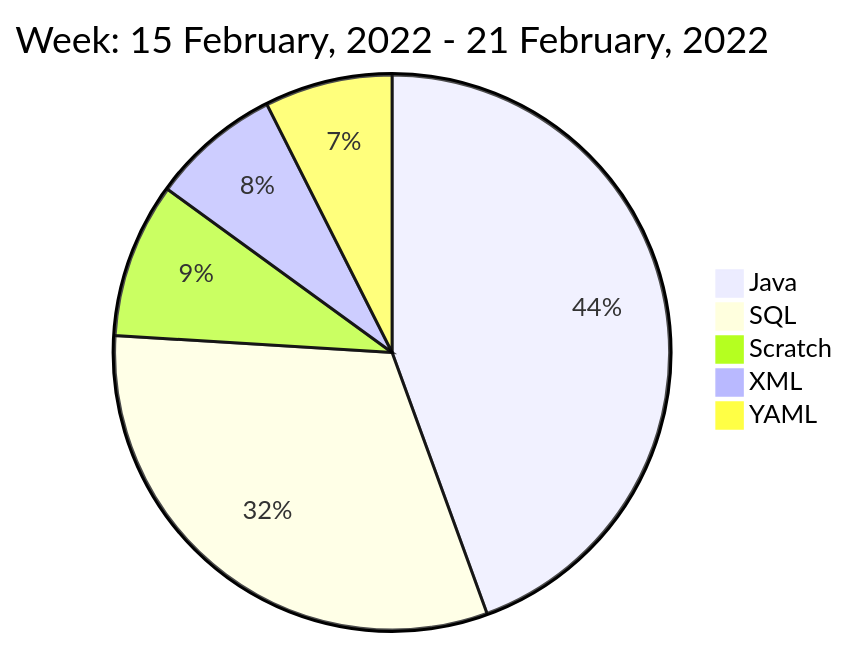
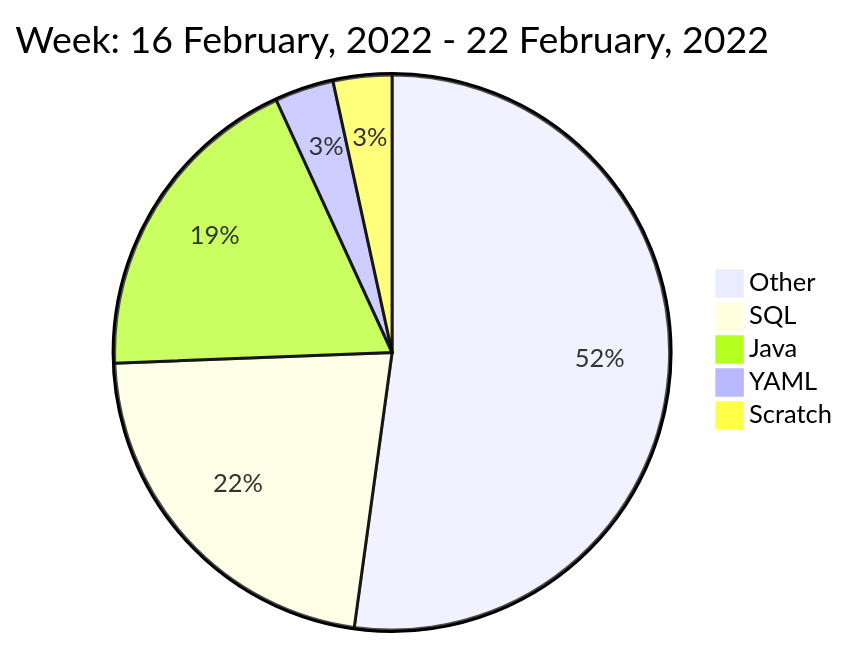
The diagram in README.md (liubin95/liubin95), drawn with Mermaid before and after one commit.

Commit message:
Updated the Graph with new Metrics

````diff
--- a/README.md
+++ b/README.md
@@ -42,9 +42,9 @@
 ```mermaid
  pie
-title Week: 15 February, 2022 - 21 February, 2022
- "Java" : 13733.025
- "SQL" : 9739.225
- "Scratch" : 2791.7
- "XML" : 2333.897
- "YAML" : 2298.638
+title Week: 16 February, 2022 - 22 February, 2022
+ "Other" : 35305.139
+ "SQL" : 15024.77
+ "Java" : 12702.413
+ "YAML" : 2321.261
+ "Scratch" : 2311.568
 ```
````
